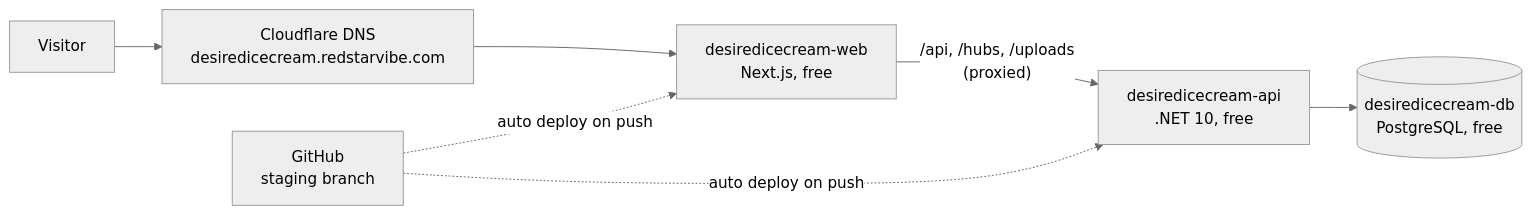
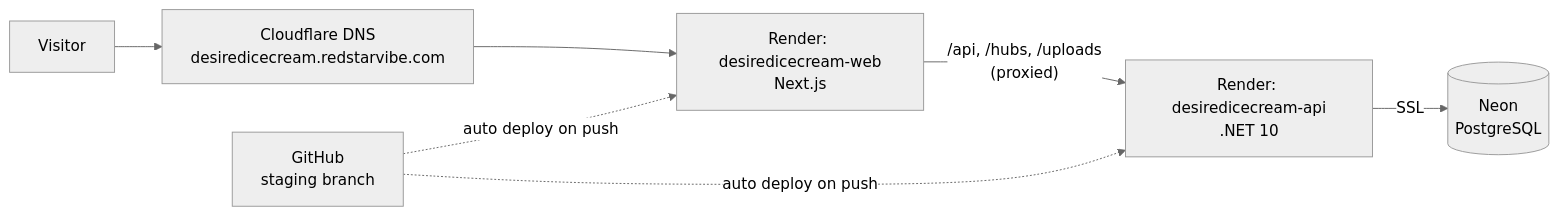
The first of 2 diagrams in docs/deploy-render.md (aarvitechai/IceCreem), drawn with Mermaid (neutral theme) before and after one commit. The commit also changed other lines of this file and 4 other files, not shown here.

First line of the commit message:
feat(deploy): use free Neon PostgreSQL with Render

````diff
--- a/docs/deploy-render.md
+++ b/docs/deploy-render.md
@@ -8,9 +13,9 @@
 ```mermaid
 flowchart LR
     U["Visitor"] --> CF["Cloudflare DNS<br/>desiredicecream.redstarvibe.com"]
-    CF --> WEB["desiredicecream-web<br/>Next.js, free"]
-    WEB -- "/api, /hubs, /uploads<br/>(proxied)" --> API["desiredicecream-api<br/>.NET 10, free"]
-    API --> DB[("desiredicecream-db<br/>PostgreSQL, free")]
+    CF --> WEB["Render: desiredicecream-web<br/>Next.js"]
+    WEB -- "/api, /hubs, /uploads<br/>(proxied)" --> API["Render: desiredicecream-api<br/>.NET 10"]
+    API -- "SSL" --> DB[("Neon<br/>PostgreSQL")]
     GH["GitHub<br/>staging branch"] -. "auto deploy on push" .-> WEB
     GH -. "auto deploy on push" .-> API
 ```
````
